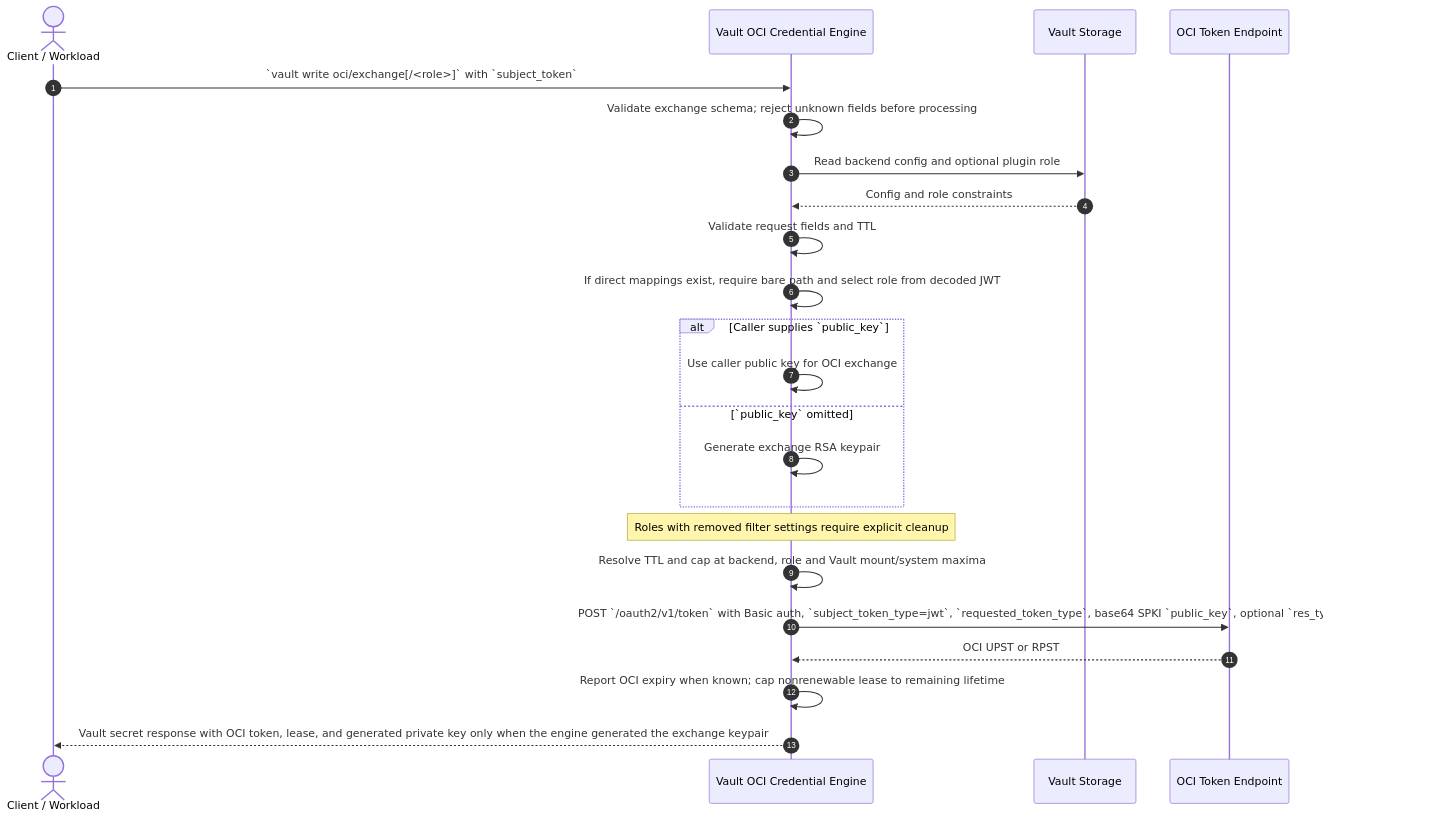
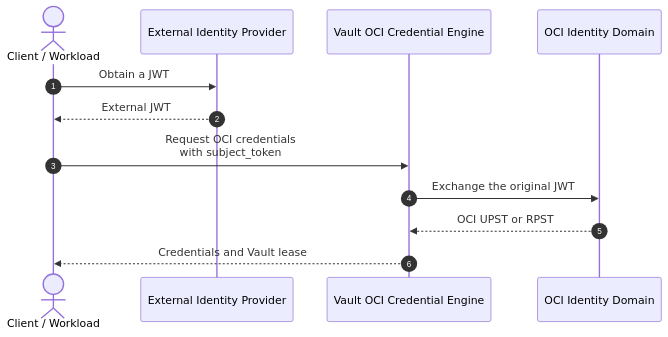
One commit to gtrevorrow/Hashicorp-OCI-credential-engine changed the first of 3 diagrams in README.md. Above: the diagram before and after it, drawn with Mermaid. The commit also changed other lines of this file and 4 other files, not shown here.

Commit message:
docs(diagrams): present client exchange modes

````diff
--- a/README.md
+++ b/README.md
@@ -24,26 +23,15 @@
 ```mermaid
 sequenceDiagram
     autonumber
     actor C as Client / Workload
+    participant I as External Identity Provider
     participant V as Vault OCI Credential Engine
-    participant S as Vault Storage
-    participant O as OCI Token Endpoint
+    participant O as OCI Identity Domain
 
-    C->>V: `vault write oci/exchange[/<role>]` with `subject_token`
-    V->>V: Validate exchange schema#59; reject unknown fields before processing
-    V->>S: Read backend config and optional plugin role
-    S-->>V: Config and role constraints
-    V->>V: Validate request fields and TTL
-    V->>V: If direct mappings exist, require bare path and select role from decoded JWT
-    alt Caller supplies `public_key`
-        V->>V: Use caller public key for OCI exchange
-    else `public_key` omitted
-        V->>V: Generate exchange RSA keypair
-    end
-    Note over V: Roles with removed filter settings require explicit cleanup
-    V->>V: Resolve TTL and cap at backend, role and Vault mount/system maxima
-    V->>O: POST `/oauth2/v1/token` with Basic auth, `subject_token_type=jwt`, `requested_token_type`, base64 SPKI `public_key`, optional `res_type`, RPST `rpst_exp`
+    C->>I: Obtain a JWT
+    I-->>C: External JWT
+    C->>V: Request OCI credentials<br/>with subject_token
+    V->>O: Exchange the original JWT
     O-->>V: OCI UPST or RPST
-    V->>V: Report OCI expiry when known#59; cap nonrenewable lease to remaining lifetime
-    V-->>C: Vault secret response with OCI token, lease, and generated private key only when the engine generated the exchange keypair
+    V-->>C: Credentials and Vault lease
 ```
````
